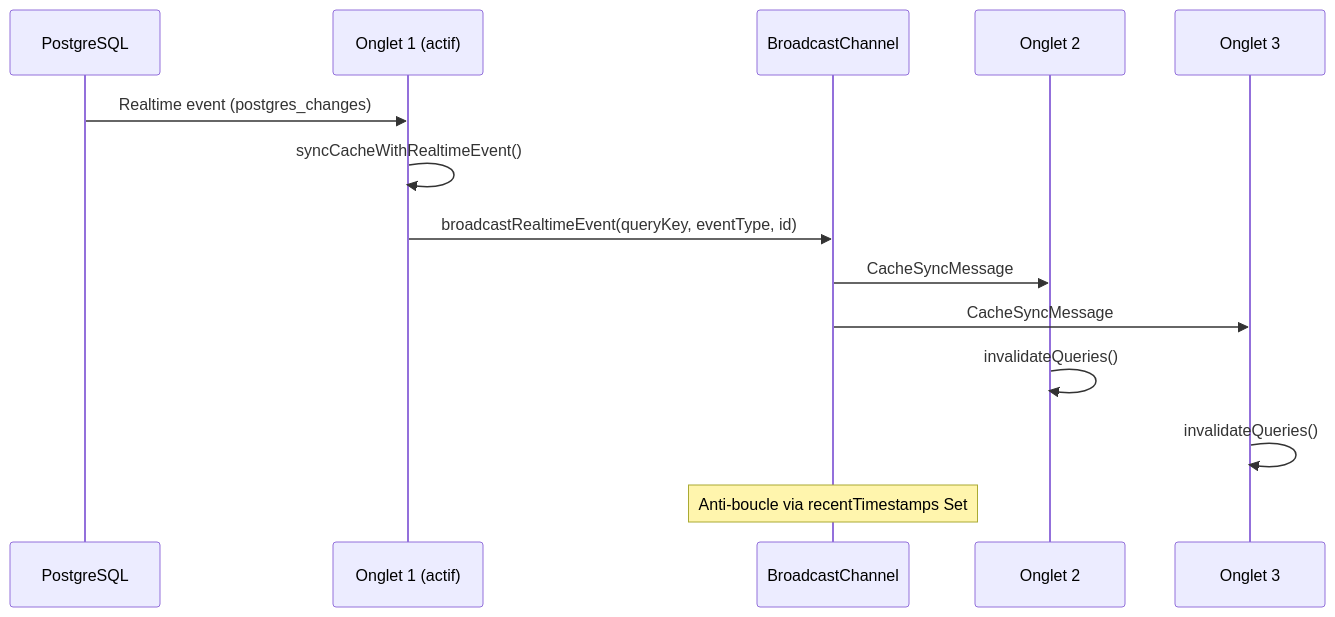
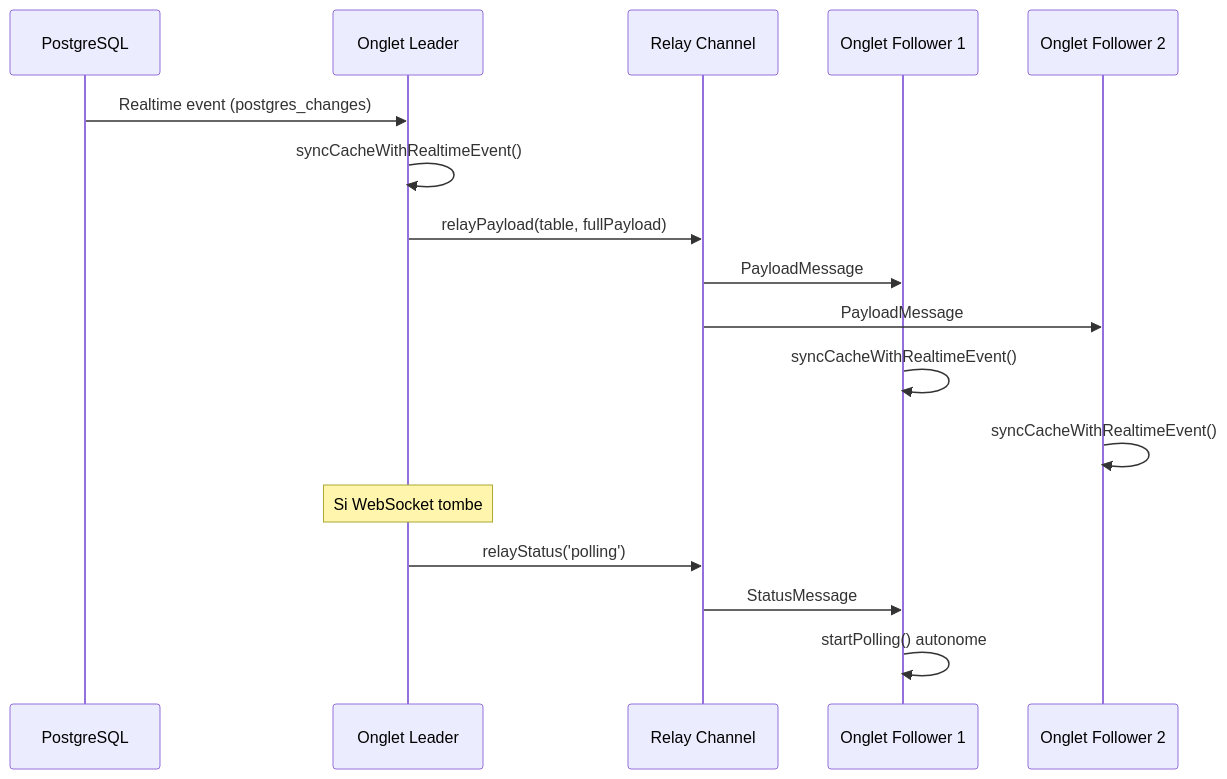
One commit to gmbsfactory/gmbs-crm changed the eighth of 10 diagrams in docs/architecture/data-flow.md. Above: the diagram before and after it, drawn with Mermaid. The commit also changed other lines of this file and 59 other files, not shown here.

````diff
--- a/docs/architecture/data-flow.md
+++ b/docs/architecture/data-flow.md
@@ -304,18 +340,21 @@
 ```mermaid
 sequenceDiagram
     participant DB as PostgreSQL
-    participant T1 as Onglet 1 (actif)
-    participant BC as BroadcastChannel
-    participant T2 as Onglet 2
-    participant T3 as Onglet 3
+    participant L as Onglet Leader
+    participant RC as Relay Channel
+    participant F1 as Onglet Follower 1
+    participant F2 as Onglet Follower 2
 
-    DB->>T1: Realtime event (postgres_changes)
-    T1->>T1: syncCacheWithRealtimeEvent()
-    T1->>BC: broadcastRealtimeEvent(queryKey, eventType, id)
-    BC->>T2: CacheSyncMessage
-    BC->>T3: CacheSyncMessage
-    T2->>T2: invalidateQueries()
-    T3->>T3: invalidateQueries()
+    DB->>L: Realtime event (postgres_changes)
+    L->>L: syncCacheWithRealtimeEvent()
+    L->>RC: relayPayload(table, fullPayload)
+    RC->>F1: PayloadMessage
+    RC->>F2: PayloadMessage
+    F1->>F1: syncCacheWithRealtimeEvent()
+    F2->>F2: syncCacheWithRealtimeEvent()
 
-    Note over BC: Anti-boucle via recentTimestamps Set
+    Note over L: Si WebSocket tombe
+    L->>RC: relayStatus('polling')
+    RC->>F1: StatusMessage
+    F1->>F1: startPolling() autonome
 ```
````
